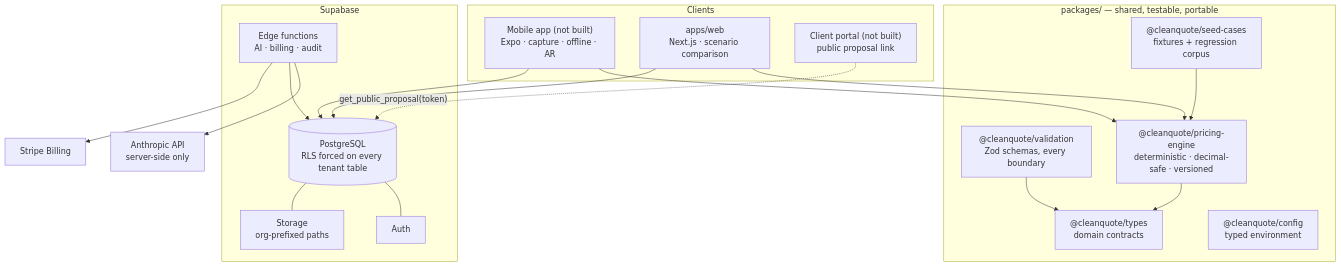
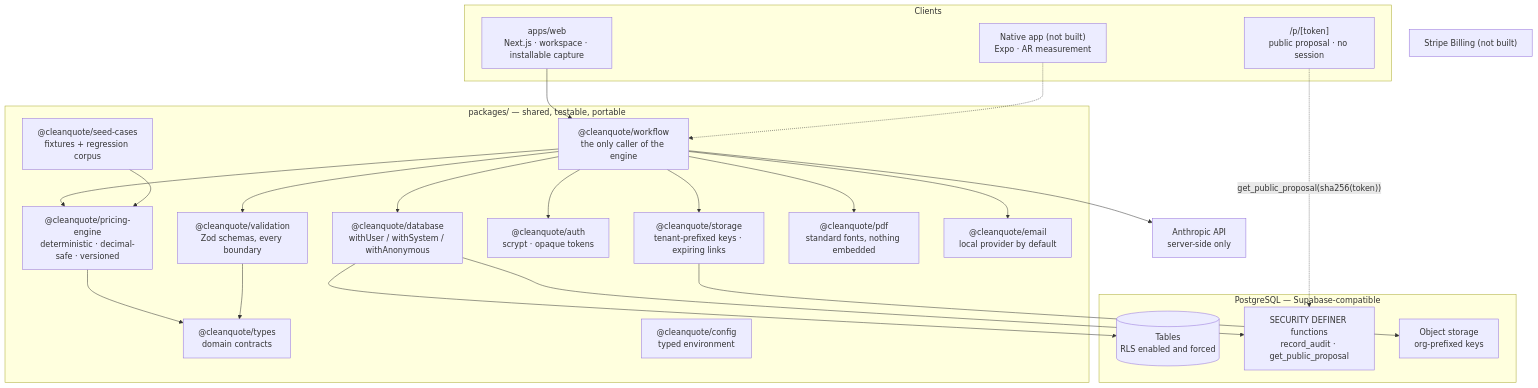
The first of 3 diagrams in cleanquote/docs/ARCHITECTURE.md (KANIY4/main), drawn with Mermaid before and after one commit. The commit also changed other lines of this file and 23 other files, not shown here.

First line of the commit message:
fix(cleanquote): six defects a browser found that the test suite could not

````diff
--- a/cleanquote/docs/ARCHITECTURE.md
+++ b/cleanquote/docs/ARCHITECTURE.md
@@ -5,40 +5,49 @@
 ```mermaid
 graph TB
   subgraph Clients
-    Mobile["Mobile app (not built)<br/>Expo · capture · offline · AR"]
-    Web["apps/web<br/>Next.js · scenario comparison"]
-    Portal["Client portal (not built)<br/>public proposal link"]
+    Mobile["Native app (not built)<br/>Expo · AR measurement"]
+    Web["apps/web<br/>Next.js · workspace · installable capture"]
+    Portal["/p/[token]<br/>public proposal · no session"]
   end
 
   subgraph Shared["packages/ — shared, testable, portable"]
     Types["@cleanquote/types<br/>domain contracts"]
     Validation["@cleanquote/validation<br/>Zod schemas, every boundary"]
     Engine["@cleanquote/pricing-engine<br/>deterministic · decimal-safe · versioned"]
+    Flow["@cleanquote/workflow<br/>the only caller of the engine"]
+    Data["@cleanquote/database<br/>withUser / withSystem / withAnonymous"]
+    Auth2["@cleanquote/auth<br/>scrypt · opaque tokens"]
+    Store["@cleanquote/storage<br/>tenant-prefixed keys · expiring links"]
+    Pdf["@cleanquote/pdf<br/>standard fonts, nothing embedded"]
+    Mail2["@cleanquote/email<br/>local provider by default"]
     Seeds["@cleanquote/seed-cases<br/>fixtures + regression corpus"]
     Config["@cleanquote/config<br/>typed environment"]
   end
 
-  subgraph Backend["Supabase"]
-    PG[("PostgreSQL<br/>RLS forced on every tenant table")]
-    Auth["Auth"]
-    Storage["Storage<br/>org-prefixed paths"]
-    Fn["Edge functions<br/>AI · billing · audit"]
+  subgraph Backend["PostgreSQL — Supabase-compatible"]
+    PG[("Tables<br/>RLS enabled and forced")]
+    Def["SECURITY DEFINER functions<br/>record_audit · get_public_proposal"]
+    Obj["Object storage<br/>org-prefixed keys"]
   end
 
   AI["Anthropic API<br/>server-side only"]
-  Stripe["Stripe Billing"]
+  Stripe["Stripe Billing (not built)"]
 
-  Mobile --> Engine
-  Web --> Engine
+  Web --> Flow
+  Mobile -.-> Flow
+  Flow --> Engine
+  Flow --> Data
+  Flow --> Auth2
+  Flow --> Store
+  Flow --> Pdf
+  Flow --> Mail2
+  Flow --> AI
   Engine --> Types
   Validation --> Types
+  Flow --> Validation
   Seeds --> Engine
-  Web --> PG
-  Mobile --> PG
-  Portal -.->|"get_public_proposal(token)"| PG
-  Fn --> AI
-  Fn --> PG
-  Fn --> Stripe
-  PG --- Auth
-  PG --- Storage
+  Data --> PG
+  Data --> Def
+  Store --> Obj
+  Portal -.->|"get_public_proposal(sha256(token))"| Def
 ```
````
